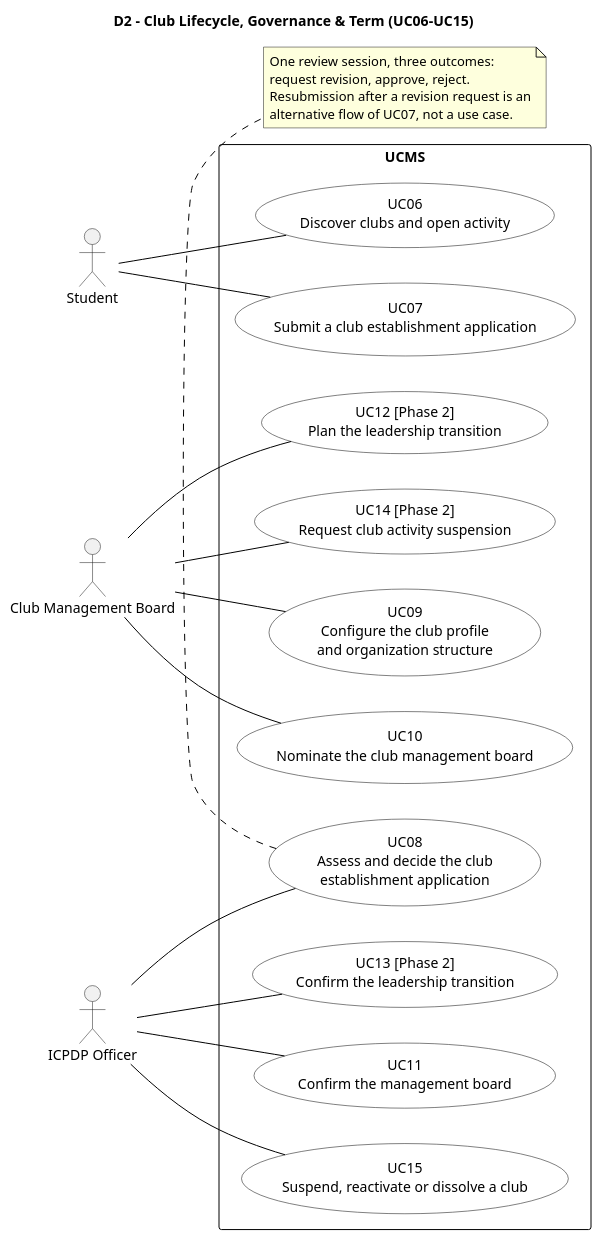
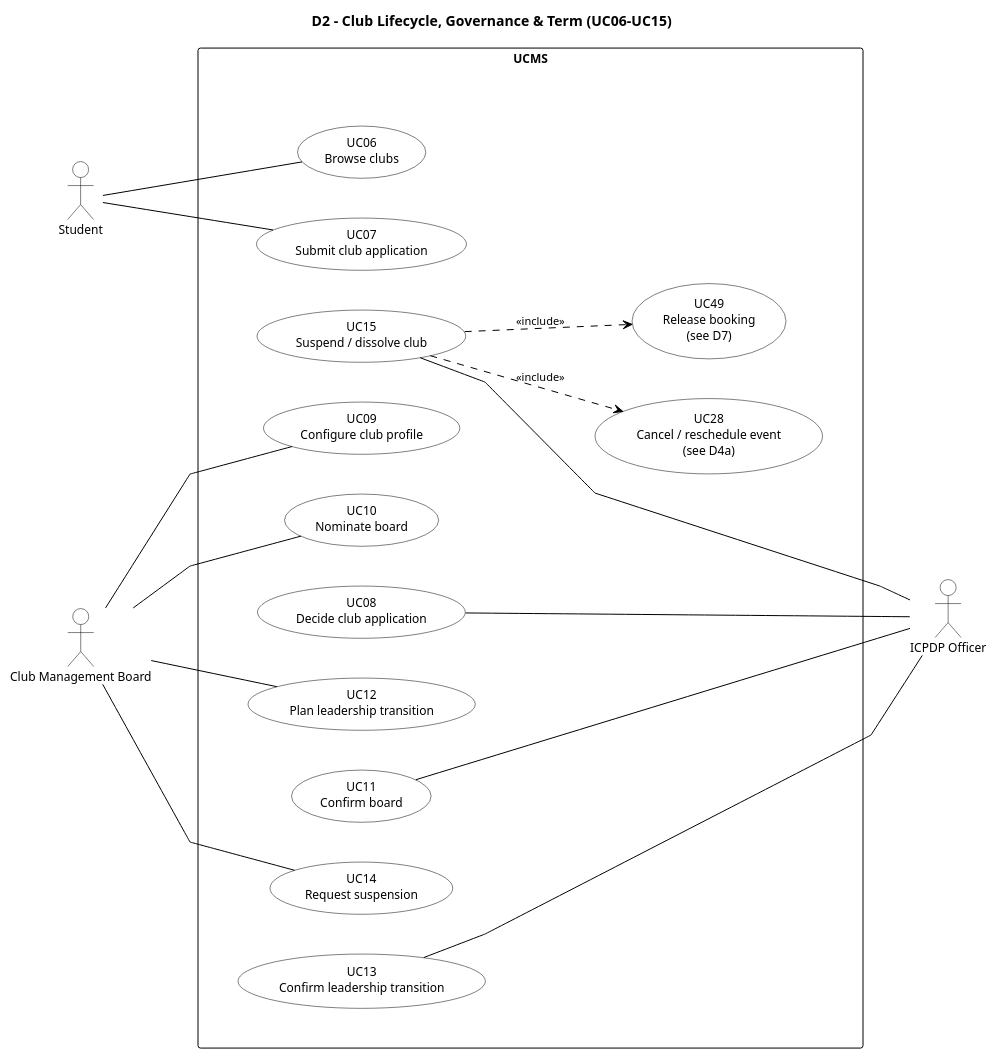
One commit to nvdekay/ClubManagementSystem changed the diagram in docs/diagrams/v2/D2_ClubLifecycle.puml. Above: the diagram before and after it, drawn with PlantUML. The commit also changed 10 other files, not shown here.

First line of the commit message:
docs: redraw the v2 use case diagrams in Visual Paradigm style

```diff
--- a/docs/diagrams/v2/D2_ClubLifecycle.puml
+++ b/docs/diagrams/v2/D2_ClubLifecycle.puml
@@ -1,66 +1,76 @@
 @startuml v2_D2_ClubLifecycle
 left to right direction
+skinparam linetype polyline
+skinparam nodesep 40
+skinparam ranksep 60
 skinparam backgroundColor White
 skinparam shadowing false
 skinparam defaultFontName Helvetica
+skinparam defaultFontSize 12
+skinparam ArrowColor Black
+skinparam ArrowFontSize 11
+skinparam actor {
+  BackgroundColor White
+  BorderColor Black
+}
 skinparam usecase {
   BackgroundColor White
   BorderColor Black
-  ArrowColor Black
 }
 skinparam rectangle {
   BackgroundColor White
   BorderColor Black
 }
+skinparam package {
+  BackgroundColor White
+  BorderColor Black
+}
+' inner frame: invisible, only adds padding inside the system boundary
+skinparam rectangle<<inner>> {
+  BorderColor Transparent
+  FontColor Transparent
+}
+hide <<inner>> stereotype
 
 title D2 - Club Lifecycle, Governance & Term (UC06-UC15)
 
 actor "Student" as STU
 actor "Club Management Board" as CMB
 actor "ICPDP Officer" as ICPDP
 
-rectangle UCMS {
-  usecase UC06 as "UC06
-  Discover clubs and open activity"
-  usecase UC07 as "UC07
-  Submit a club establishment application"
-  usecase UC08 as "UC08
-  Assess and decide the club
-  establishment application"
-  usecase UC09 as "UC09
-  Configure the club profile
-  and organization structure"
-  usecase UC10 as "UC10
-  Nominate the club management board"
-  usecase UC11 as "UC11
-  Confirm the management board"
-  usecase UC12 as "UC12 [Phase 2]
-  Plan the leadership transition"
-  usecase UC13 as "UC13 [Phase 2]
-  Confirm the leadership transition"
-  usecase UC14 as "UC14 [Phase 2]
-  Request club activity suspension"
-  usecase UC15 as "UC15
-  Suspend, reactivate or dissolve a club"
+rectangle "UCMS" {
+  rectangle " " <<inner>> {
+    usecase "UC06\nBrowse clubs" as UC06
+    usecase "UC07\nSubmit club application" as UC07
+    usecase "UC08\nDecide club application" as UC08
+    usecase "UC09\nConfigure club profile" as UC09
+    usecase "UC10\nNominate board" as UC10
+    usecase "UC11\nConfirm board" as UC11
+    usecase "UC12\nPlan leadership transition" as UC12
+    usecase "UC13\nConfirm leadership transition" as UC13
+    usecase "UC14\nRequest suspension" as UC14
+    usecase "UC15\nSuspend / dissolve club" as UC15
+    usecase "UC28\nCancel / reschedule event\n(see D4a)" as UC28
+    usecase "UC49\nRelease booking\n(see D7)" as UC49
+  }
 }
 
 STU -- UC06
 STU -- UC07
 
 CMB -- UC09
 CMB -- UC10
 CMB -- UC12
 CMB -- UC14
 
-ICPDP -- UC08
-ICPDP -- UC11
-ICPDP -- UC13
-ICPDP -- UC15
+UC08 -- ICPDP
+UC11 -- ICPDP
+UC13 -- ICPDP
+UC15 -- ICPDP
 
-note bottom of UC08
-  One review session, three outcomes:
-  request revision, approve, reject.
-  Resubmission after a revision request is an
-  alternative flow of UC07, not a use case.
-end note
+UC15 ..> UC28 : <<include>>
+UC15 ..> UC49 : <<include>>
+
+' layout only: keep ICPDP in its own column to the right of the frame
+UC28 -[hidden]- ICPDP
 @enduml
```
